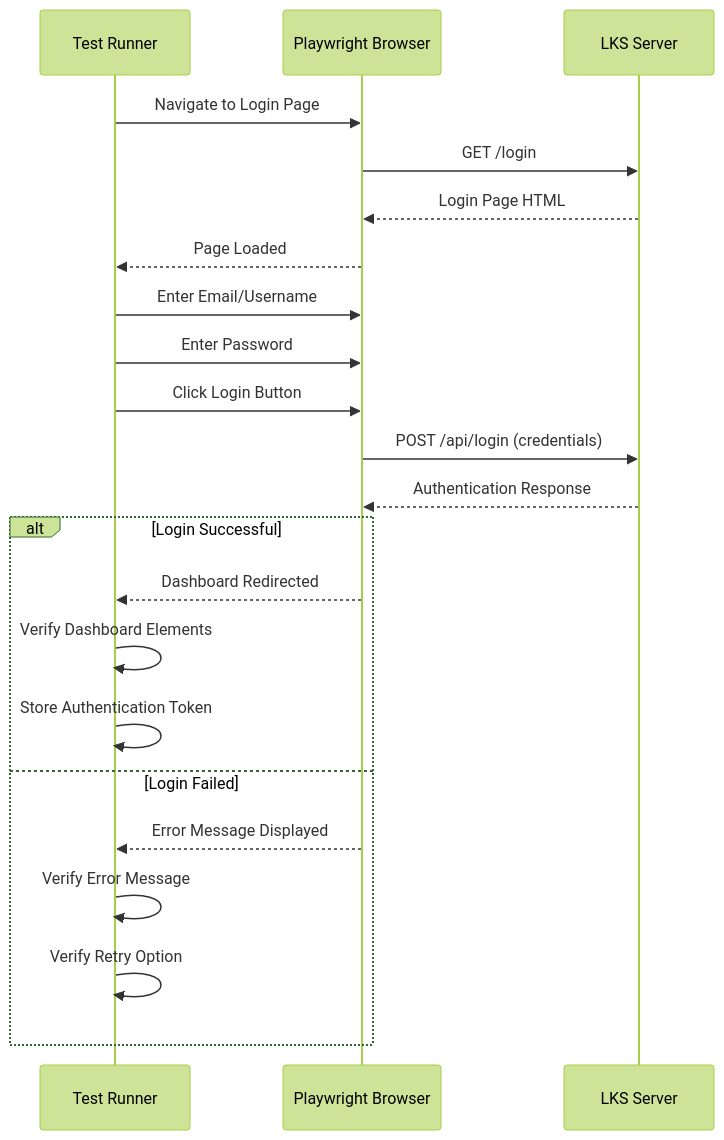
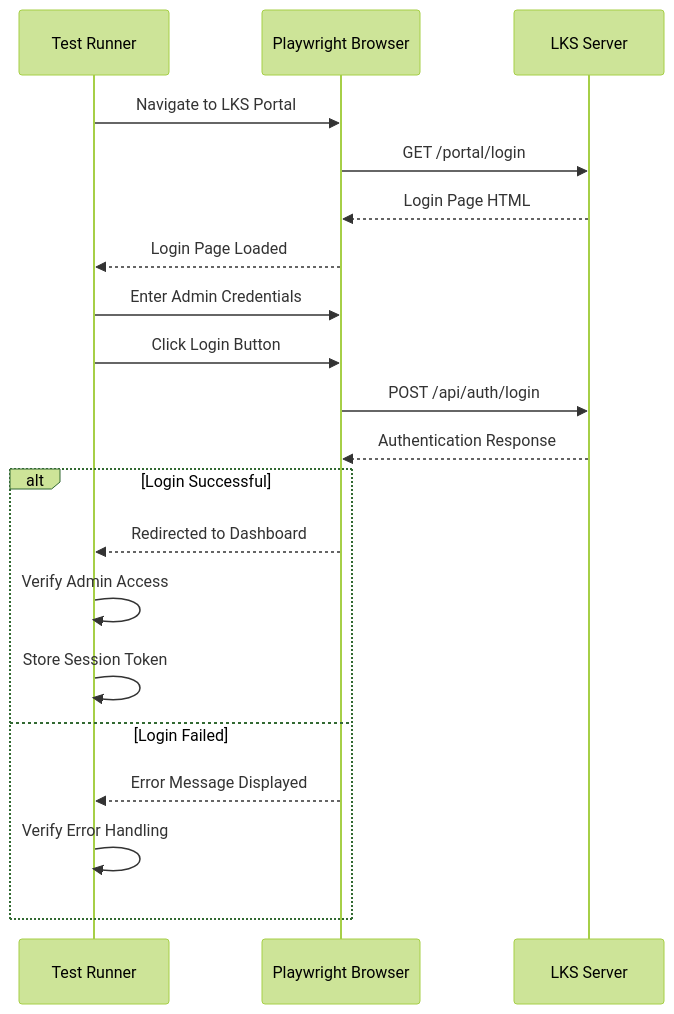
Before and after one commit to rabbiyamehmood/LKS_AXIAN_AUTOMATION: the second of 13 diagrams in FLOW_DIAGRAM.md, drawn with Mermaid (forest theme). The commit also changed other lines of this file, not shown here.

Commit message:
Update flow diagrams to match LKS portal structure (Admin Dashboard, Handlers, Terminals, Transactions)

````diff
--- a/FLOW_DIAGRAM.md
+++ b/FLOW_DIAGRAM.md
@@ -40,28 +48,26 @@
 ```mermaid
 sequenceDiagram
     participant Test as Test Runner
     participant Browser as Playwright Browser
-    participant Server as LKS Server
+    participant LKSServer as LKS Server
     
-    Test->>Browser: Navigate to Login Page
-    Browser->>Server: GET /login
-    Server-->>Browser: Login Page HTML
-    Browser-->>Test: Page Loaded
+    Test->>Browser: Navigate to LKS Portal
+    Browser->>LKSServer: GET /portal/login
+    LKSServer-->>Browser: Login Page HTML
+    Browser-->>Test: Login Page Loaded
     
-    Test->>Browser: Enter Email/Username
-    Test->>Browser: Enter Password
+    Test->>Browser: Enter Admin Credentials
     Test->>Browser: Click Login Button
     
-    Browser->>Server: POST /api/login (credentials)
-    Server-->>Browser: Authentication Response
+    Browser->>LKSServer: POST /api/auth/login
+    LKSServer-->>Browser: Authentication Response
     
     alt Login Successful
-        Browser-->>Test: Dashboard Redirected
-        Test->>Test: Verify Dashboard Elements
-        Test->>Test: Store Authentication Token
+        Browser-->>Test: Redirected to Dashboard
+        Test->>Test: Verify Admin Access
+        Test->>Test: Store Session Token
     else Login Failed
         Browser-->>Test: Error Message Displayed
-        Test->>Test: Verify Error Message
-        Test->>Test: Verify Retry Option
+        Test->>Test: Verify Error Handling
     end
 ```
````
